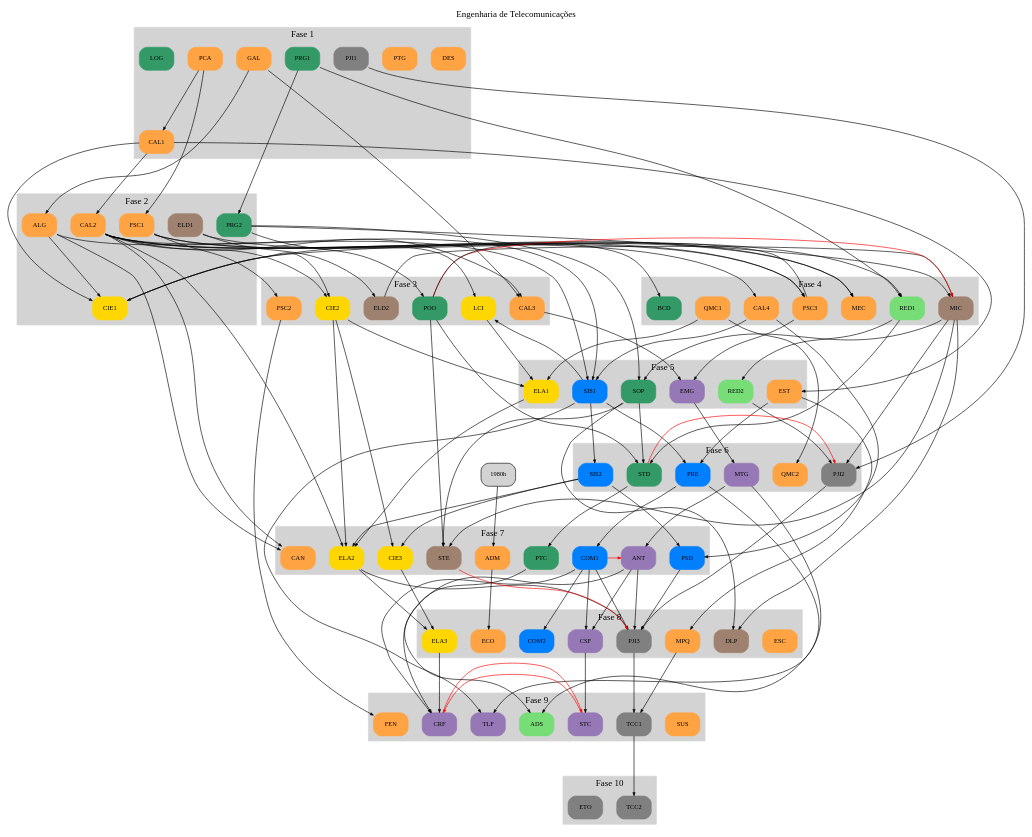
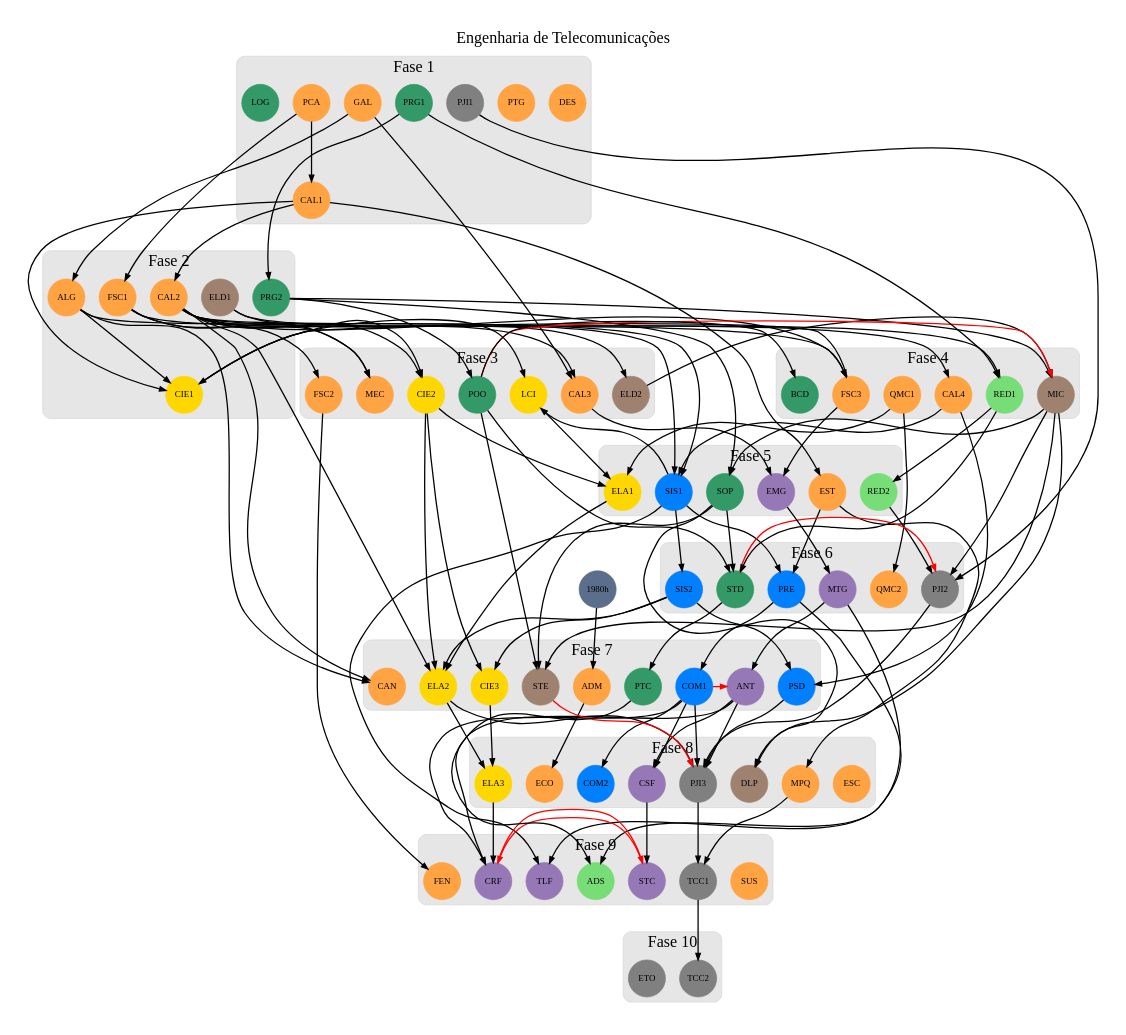
Before and after one commit to emersonmello/grade-dot-engtelecom: the diagram in engtelecom.dot, drawn with Graphviz.

Commit message:
ajustes de cores

```diff
--- a/engtelecom.dot
+++ b/engtelecom.dot
@@ -2,15 +2,21 @@
     layout = dot  // circo, dot, fdp, neato, osage, sfdp, twopi
     label ="Engenharia de Telecomunicações"
     labelloc = t
-    graph [nodesep=0.3, ranksep=1.3, splines=lines] # ortho
-    node [labelloc=c fontsize=10, style=filled, shape=box, style="rounded,filled"]
-    edge [arrowsize=.5]
-
+    // graph [nodesep=0.3, ranksep=1.3]#, splines=ortho]#, splines=lines] # ortho
+    // node [labelloc=c fontsize=10, style=filled, shape=box, style="rounded,filled"]
+    // edge [arrowsize=.5]
+   
+    // bgcolor="#2e3e56"
+	  pad="0.5" /* add padding round the edge of the graph */
+    graph [nodesep=0.3, ranksep=1.3, fontname="helvetica Neue Ultra Light", fontcolor="#000000" fontsize=25]
+    node [shape="circle", width=".8", style="filled", labelloc=c, fontname="helvetica Neue Ultra Light bold"fixedsize=true]
+    // edge [color="#fcfcfc", penwidth="2", fontname="helvetica Neue Ultra Light"]
+    edge [color="#000000", penwidth="2", fontname="helvetica Neue Ultra Light"]
 
     // Pré-requisitos
 
     // Eixo laranja
-    {"1980h"} -> ADM
+    {"horas1980"} -> ADM
     {} -> DES
     {} -> ESC
     {} -> PTG
@@ -104,7 +110,9 @@
 
     subgraph cluster_fase1 {
       label = "Fase 1"
-      style = filled
+      // style = filled
+      style="rounded"
+      bgcolor= "#e6e6e6" #"#5b6e8b"
       color = lightgrey
 
       LOG GAL DES PJI1 PTG PRG1 CAL1 PCA
@@ -112,7 +120,9 @@
 
     subgraph cluster_fase2 {
       label = "Fase 2"
-      style = filled
+      style="rounded"
+      bgcolor="#e6e6e6"
+      // style = filled
       color = lightgrey
 
       CAL2 FSC1 ALG ELD1 CIE1 PRG2
@@ -120,7 +130,9 @@
 
     subgraph clusterFase3 {
       label = "Fase 3"
-      style = filled
+      style="rounded"
+      bgcolor="#e6e6e6"
+      // style = filled
       color = lightgrey
 
       CAL3 FSC2 CIE2 MEC LCI POO ELD2
@@ -128,7 +140,9 @@
 
     subgraph clusterFase4 {
       label = "Fase 4"
-      style=filled
+      style="rounded"
+      bgcolor="#e6e6e6"
+      // style=filled
       color=lightgrey
 
       RED1 MEC FSC3 BCD CAL4  MIC QMC1
@@ -136,7 +150,9 @@
 
     subgraph cluster_fase5 {
       label = "Fase 5"
-      style=filled
+      style="rounded"
+      bgcolor="#e6e6e6"
+      // style=filled
       color=lightgrey
 
       SIS1 EST RED2 EMG  ELA1  SOP
@@ -145,7 +161,9 @@
 
     subgraph cluster_fase6 {
       label = "Fase 6"
-      style=filled
+      style="rounded"
+      bgcolor="#e6e6e6"
+      // style=filled
       color=lightgrey
 
       SIS2 MTG PRE   PJI2 STD QMC2
@@ -153,7 +171,9 @@
 
     subgraph cluster_fase7 {
       label = "Fase 7"
-      style=filled
+      style="rounded"
+      bgcolor="#e6e6e6"
+      // style=filled
       color=lightgrey
 
       ELA2 CIE3 PSD ANT STE COM1 CAN PTC ADM
@@ -161,7 +181,9 @@
 
     subgraph cluster_fase8 {
       label = "Fase 8"
-      style=filled
+      style="rounded"
+      bgcolor="#e6e6e6"
+      // style=filled
       color=lightgrey
 
       MPQ CSF COM2 ELA3 DLP ESC BCD PJI3 ECO
@@ -169,7 +191,9 @@
 
     subgraph cluster_fase9 {
       label = "Fase 9"
-      style=filled
+      style="rounded"
+      bgcolor="#e6e6e6"
+      // style=filled
       color=lightgrey
 
       ADS  TCC1 STC CRF TLF FEN SUS
@@ -177,7 +201,9 @@
 
     subgraph cluster_fase10 {
       label = "Fase 10"
-      style=filled
+      style="rounded"
+      bgcolor="#e6e6e6"
+      // style=filled
       color=lightgrey
 
       TCC2 ETO
@@ -190,6 +216,7 @@
 
     // propriedades dos nós
 
+    horas1980 [label="1980h", color="#5b6e8b", id="1980h"]
 
     ADM [ch=40, color="#FFA343", id=ADM] # TODO pré-requisito 1980h
     ALG [ch=60, color="#FFA343", id=ALG]
```
